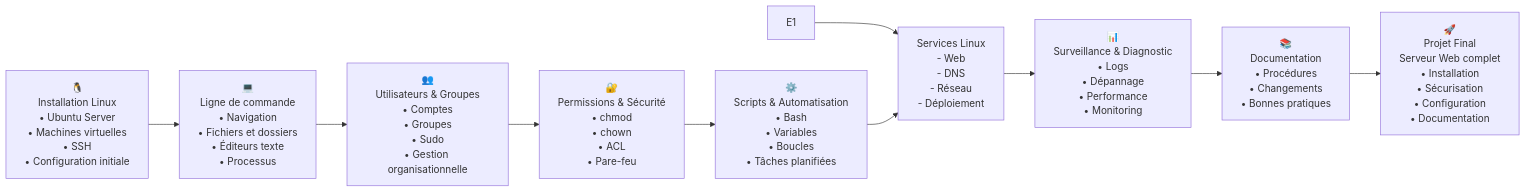
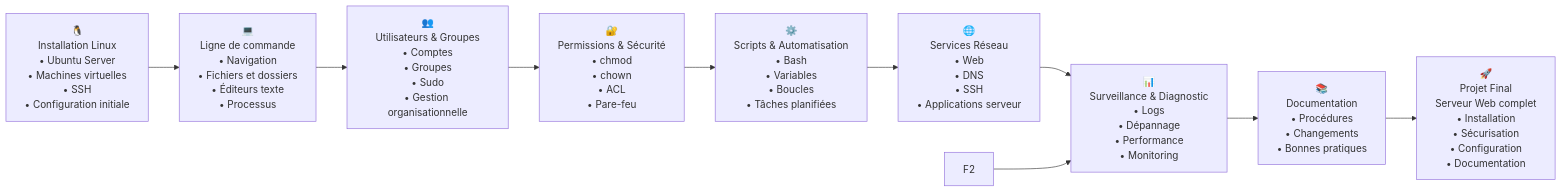
One commit to CollegeBoreal/INF1085-201-26A-04 changed the third of 4 diagrams in 0.PlanDeCours/README.md. Above: the diagram before and after it, drawn with Mermaid.

Commit message:
Update README.md for course structure and services

```diff
--- a/0.PlanDeCours/README.md
+++ b/0.PlanDeCours/README.md
@@ -140,7 +140,7 @@
 • Pare-feu
 "]
 
-D --> E2["⚙️
+D --> E["⚙️
 Scripts & Automatisation
 • Bash
 • Variables
@@ -148,7 +148,7 @@
 • Tâches planifiées
 "]
 
-E1 --> F["🌐
+E --> F1["🌐
 Services Réseau
 • Web
 • DNS
@@ -156,7 +156,7 @@
 • Applications serveur
 "]
 
-E2 --> F["
+F1 --> G["
 Services Linux
  - Web
  - DNS
@@ -164,7 +164,7 @@
  - Déploiement
 "]
 
-F --> G["📊
+F2 --> G["📊
 Surveillance & Diagnostic
 • Logs
 • Dépannage
```
